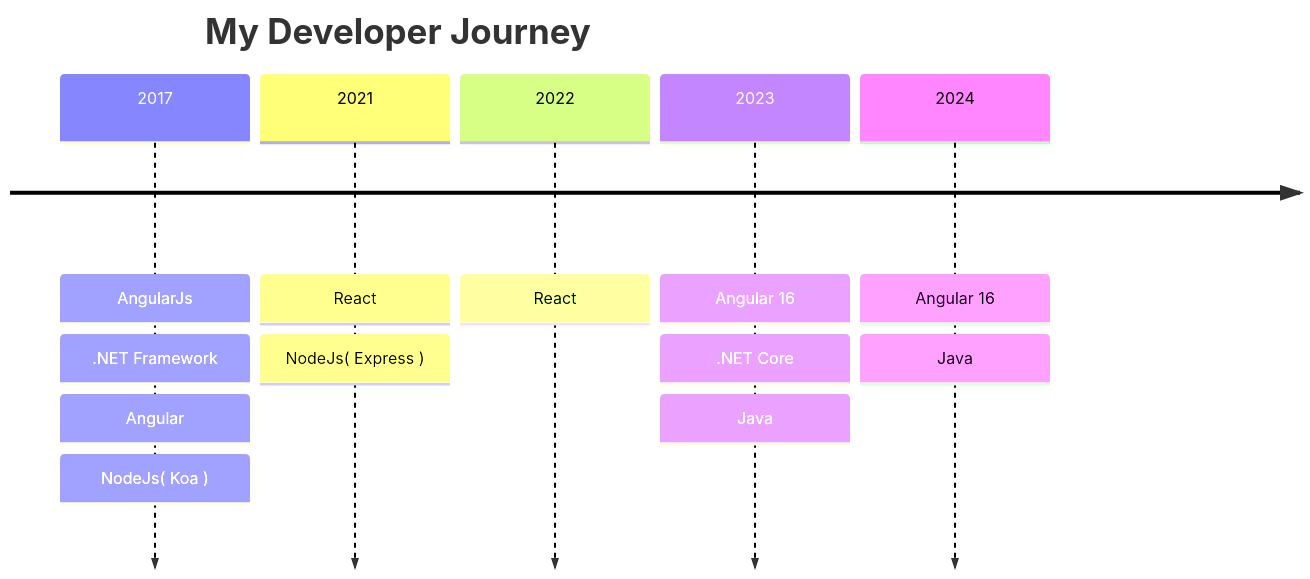
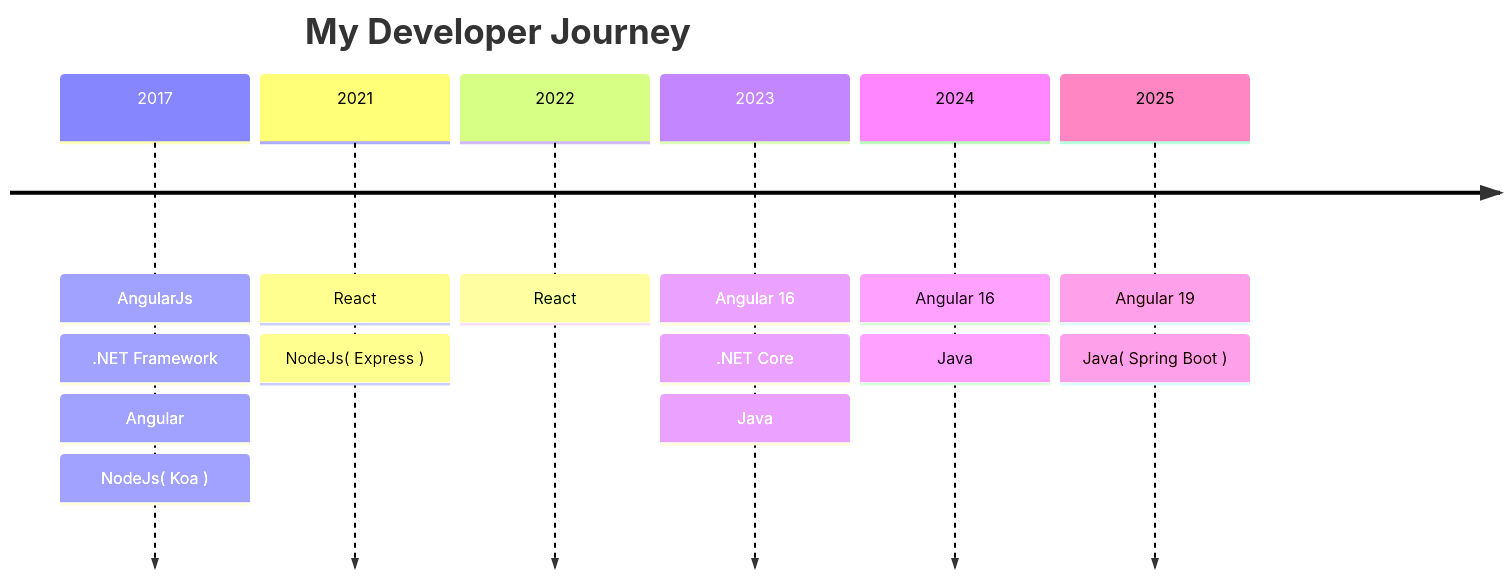
The diagram in README.md (grady982/grady982), drawn with Mermaid before and after one commit.

````diff
--- a/README.md
+++ b/README.md
@@ -14,16 +14,18 @@
 ```mermaid
 timeline
     title My Developer Journey
     2017 : AngularJs
          : .NET Framework
          : Angular
          : NodeJs( Koa )
     2021 : React
          : NodeJs( Express )
     2022 : React
     2023 : Angular 16
          : .NET Core
          : Java
     2024 : Angular 16
          : Java
+    2025 : Angular 19
+         : Java( Spring Boot )
 ```
````
